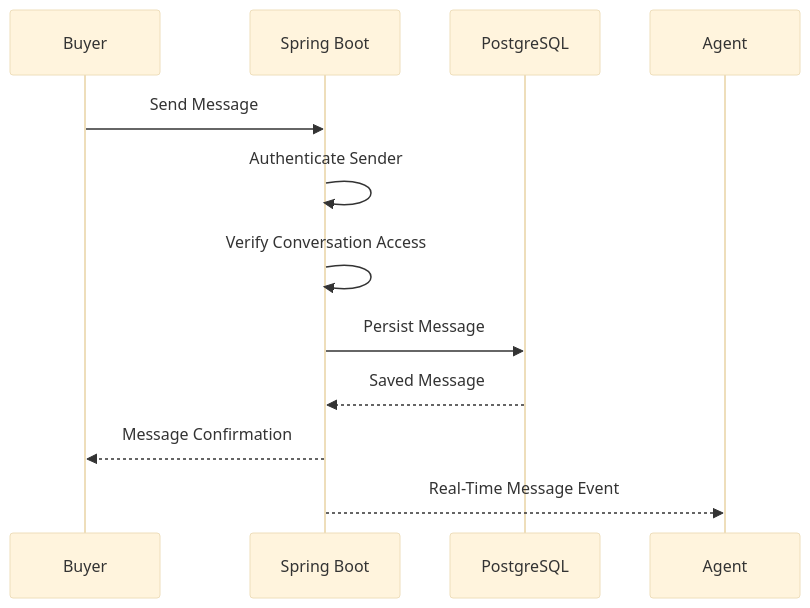
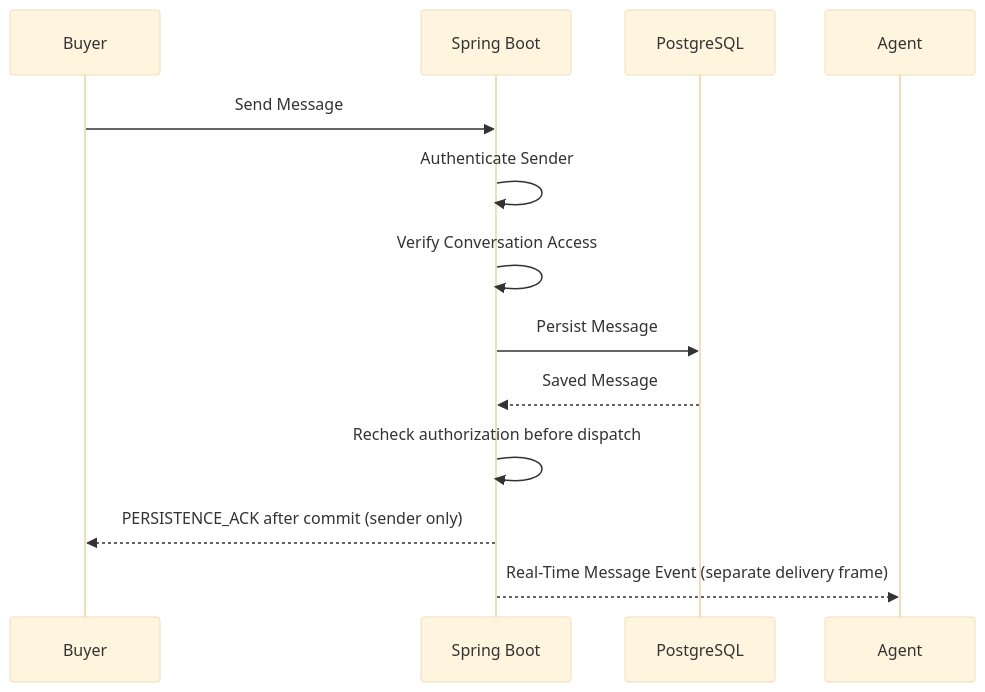
Before and after one commit to OmkarAKadam/estatevista: the fourth of 6 diagrams in docs/SYSTEM_ARCHITECTURE.md, drawn with Mermaid (base theme). The commit also changed other lines of this file and 9 other files, not shown here.

Commit message:
docs(stage-7): approve chat architecture and security contracts

````diff
--- a/docs/SYSTEM_ARCHITECTURE.md
+++ b/docs/SYSTEM_ARCHITECTURE.md
@@ -685,15 +685,16 @@
 ```mermaid
 sequenceDiagram
     participant Buyer
     participant Server as Spring Boot
     participant DB as PostgreSQL
     participant Agent
 
     Buyer->>Server: Send Message
     Server->>Server: Authenticate Sender
     Server->>Server: Verify Conversation Access
     Server->>DB: Persist Message
     DB-->>Server: Saved Message
-    Server-->>Buyer: Message Confirmation
-    Server-->>Agent: Real-Time Message Event
+    Server->>Server: Recheck authorization before dispatch
+    Server-->>Buyer: PERSISTENCE_ACK after commit (sender only)
+    Server-->>Agent: Real-Time Message Event (separate delivery frame)
 ```
````
